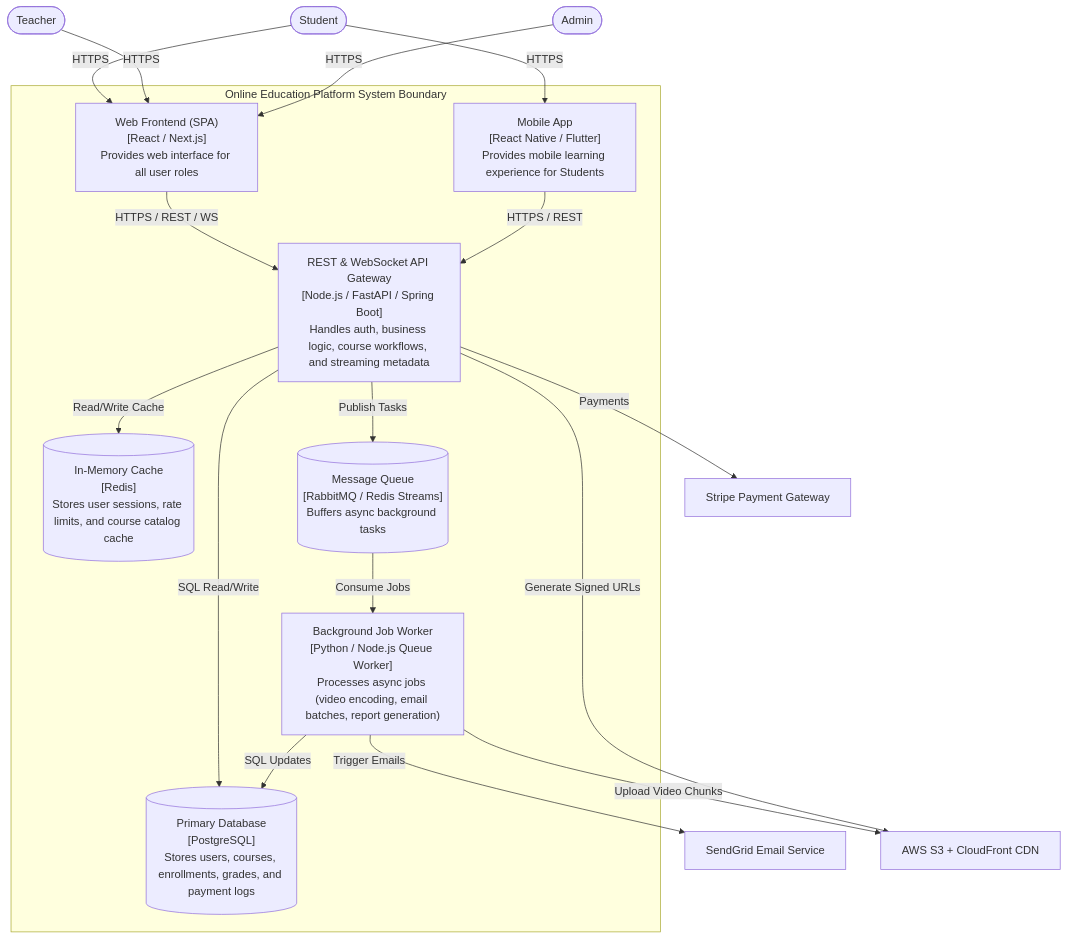
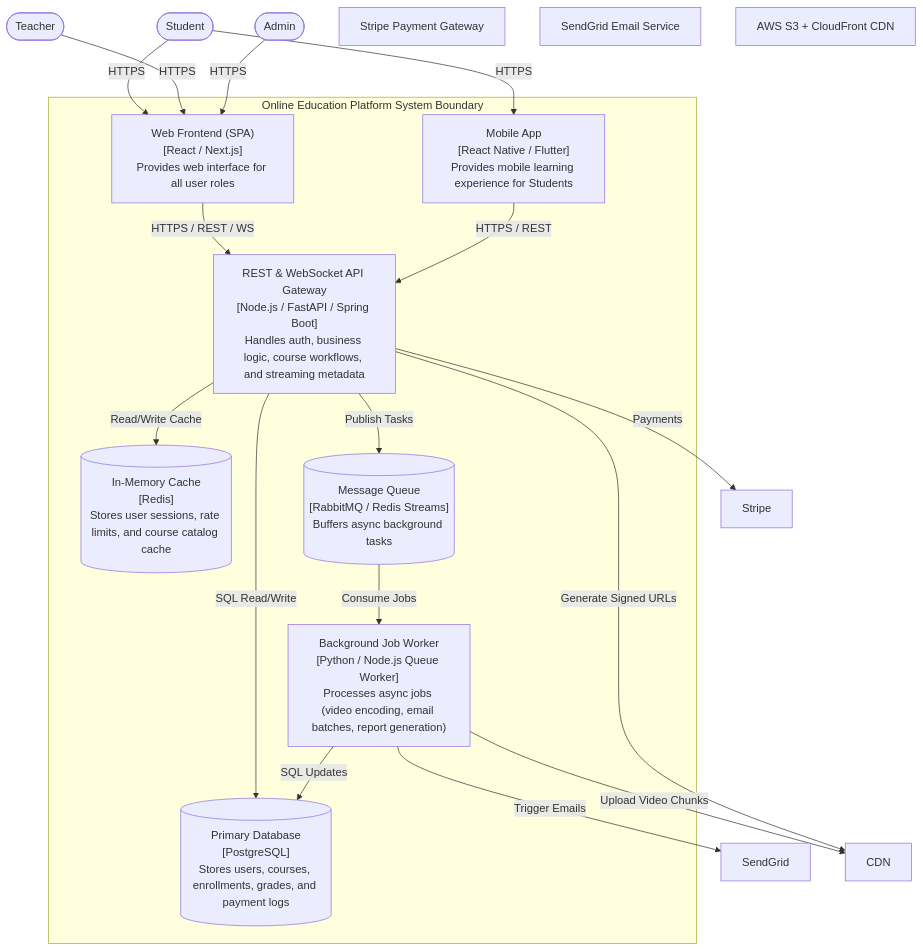
One commit to qinzha/Demo_zzulli changed the diagram in README.md. Above: the diagram before and after it, drawn with Mermaid.

````diff
--- a/README.md
+++ b/README.md
@@ -5,49 +5,49 @@
 ```mermaid
 graph TD
     %% Users
     Student([Student])
     Teacher([Teacher])
     Admin([Admin])
 
     subgraph EduPlatform ["Online Education Platform System Boundary"]
         %% Frontend Containers
         WebSPA["Web Frontend (SPA)<br/>[React / Next.js]<br/>Provides web interface for all user roles"]
         MobileApp["Mobile App<br/>[React Native / Flutter]<br/>Provides mobile learning experience for Students"]
 
         %% Backend Containers
         API["REST & WebSocket API Gateway<br/>[Node.js / FastAPI / Spring Boot]<br/>Handles auth, business logic, course workflows, and streaming metadata"]
         Worker["Background Job Worker<br/>[Python / Node.js Queue Worker]<br/>Processes async jobs (video encoding, email batches, report generation)"]
 
         %% Data Persistence
         DB[("Primary Database<br/>[PostgreSQL]<br/>Stores users, courses, enrollments, grades, and payment logs")]
         Cache[("In-Memory Cache<br/>[Redis]<br/>Stores user sessions, rate limits, and course catalog cache")]
         Queue[("Message Queue<br/>[RabbitMQ / Redis Streams]<br/>Buffers async background tasks")]
     end
 
     %% External Systems
-    Stripe["Stripe Payment Gateway"]
-    SendGrid["SendGrid Email Service"]
-    CDN["AWS S3 + CloudFront CDN"]
+    #Stripe["Stripe Payment Gateway"]
+    #SendGrid["SendGrid Email Service"]
+    #CDN["AWS S3 + CloudFront CDN"]
 
     %% Connections
     Student -->|HTTPS| WebSPA
     Student -->|HTTPS| MobileApp
     Teacher -->|HTTPS| WebSPA
     Admin -->|HTTPS| WebSPA
 
     WebSPA -->|HTTPS / REST / WS| API
     MobileApp -->|HTTPS / REST| API
 
     API -->|SQL Read/Write| DB
     API -->|Read/Write Cache| Cache
     API -->|Publish Tasks| Queue
     
     Queue -->|Consume Jobs| Worker
     Worker -->|SQL Updates| DB
     Worker -->|Trigger Emails| SendGrid
     Worker -->|Upload Video Chunks| CDN
 
     API -->|Payments| Stripe
     API -->|Generate Signed URLs| CDN
 
 ```
````
